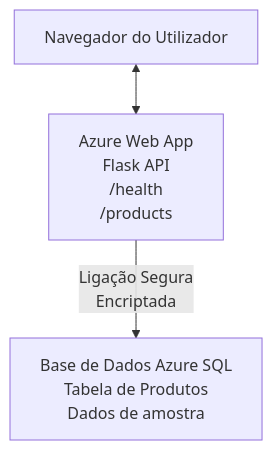
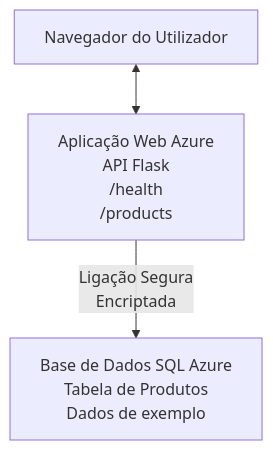
The diagram in translations/pt-PT/examples/database-app/README.md (microsoft/AZD-for-beginners), drawn with Mermaid before and after one commit. The commit also changed other lines of this file and 101 other files, not shown here.

````diff
--- a/translations/pt-PT/examples/database-app/README.md
+++ b/translations/pt-PT/examples/database-app/README.md
@@ -72,5 +72,5 @@
 ```mermaid
 graph TD
-    Browser[Navegador do Utilizador] <--> WebApp[Azure Web App<br/>Flask API<br/>/health<br/>/products]
-    WebApp -- Ligação Segura<br/>Encriptada --> SQL[Base de Dados Azure SQL<br/>Tabela de Produtos<br/>Dados de amostra]
+    Browser[Navegador do Utilizador] <--> WebApp[Aplicação Web Azure<br/>API Flask<br/>/health<br/>/products]
+    WebApp -- Ligação Segura<br/>Encriptada --> SQL[Base de Dados SQL Azure<br/>Tabela de Produtos<br/>Dados de exemplo]
 ```
````
